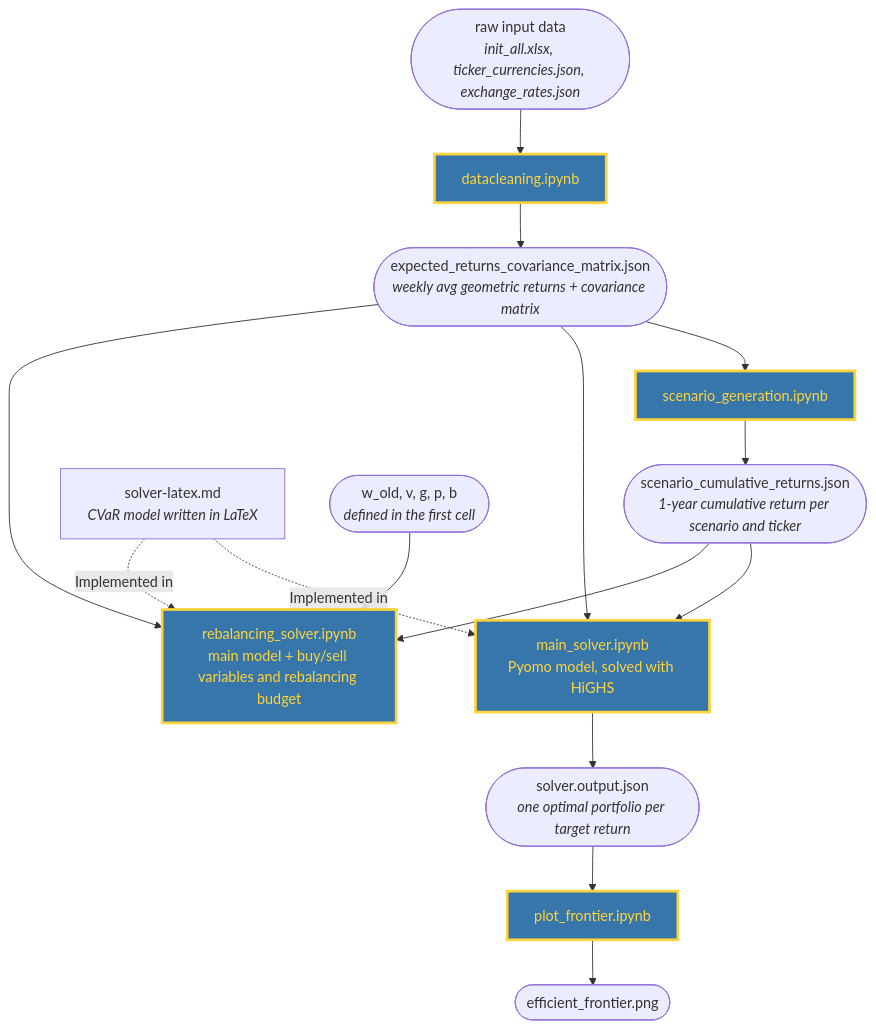
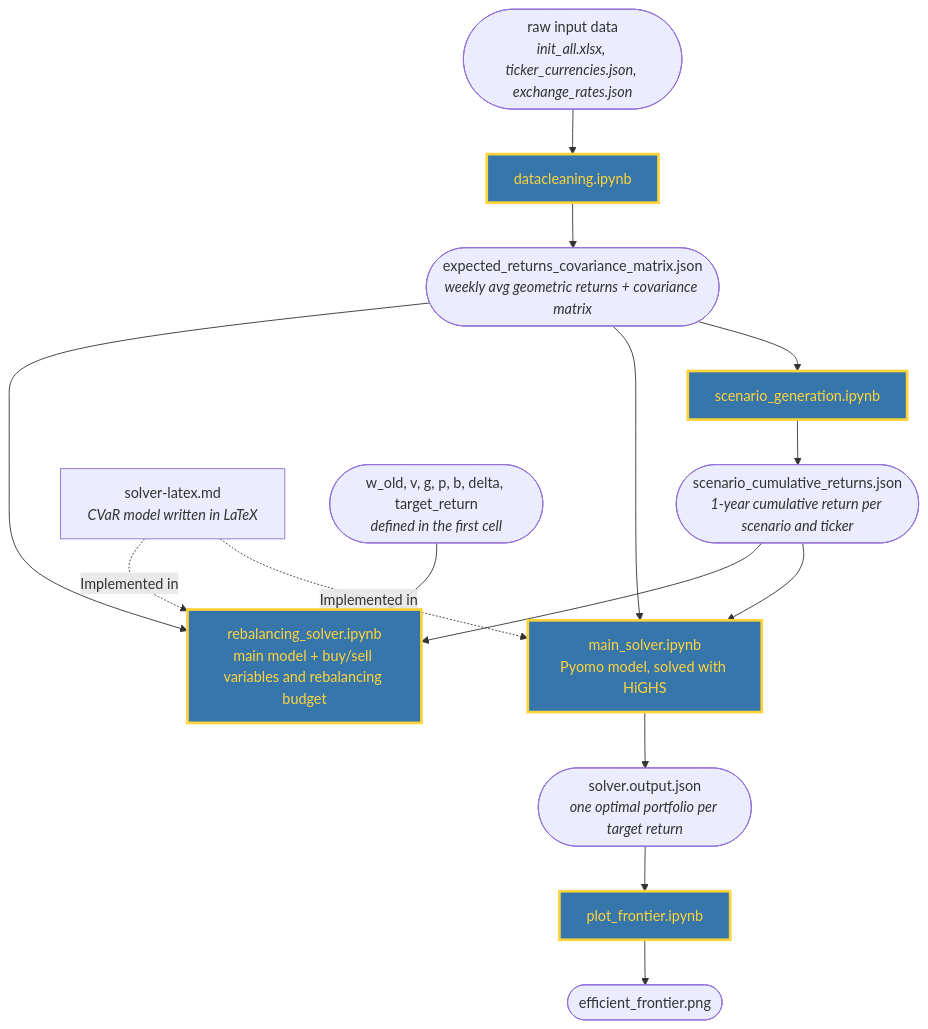
The diagram in main-assignment/README.md (RavSeime/or-central-repo), drawn with Mermaid before and after one commit.

Commit message:
List delta and target_return in README rebalancing inputs

````diff
--- a/main-assignment/README.md
+++ b/main-assignment/README.md
@@ -7,38 +7,38 @@
 ```mermaid
 flowchart TD
 
 raw([raw input data<br><i>init_all.xlsx, ticker_currencies.json, exchange_rates.json</i>])
 
 clean[datacleaning.ipynb]:::python
 stats([expected_returns_covariance_matrix.json<br><i>weekly avg geometric returns + covariance matrix</i>])
 
 scen[scenario_generation.ipynb]:::python
 scen_out([scenario_cumulative_returns.json<br><i>1-year cumulative return per scenario and ticker</i>])
 
 latex[solver-latex.md<br><i>CVaR model written in LaTeX</i>]
 solver[main_solver.ipynb<br>Pyomo model, solved with HiGHS]:::python
 solver_out([solver.output.json<br><i>one optimal portfolio per target return</i>])
 
 plot[plot_frontier.ipynb]:::python
 plot_out([efficient_frontier.png])
 
 rebal[rebalancing_solver.ipynb<br>main model + buy/sell variables and rebalancing budget]:::python
-w_old([w_old, v, g, p, b<br><i>defined in the first cell</i>])
+w_old([w_old, v, g, p, b, delta, target_return<br><i>defined in the first cell</i>])
 
 raw --> clean
 clean --> stats
 stats --> scen
 scen --> scen_out
 stats --> solver
 scen_out --> solver
 latex -. "Implemented in" .-> solver
 solver --> solver_out
 solver_out --> plot
 plot --> plot_out
 stats --> rebal
 scen_out --> rebal
 w_old --> rebal
 latex -. "Implemented in" .-> rebal
 
 classDef python fill:#3776AB,stroke:#FFD43B,stroke-width:3px,color:#FFD43B
 ```
````
